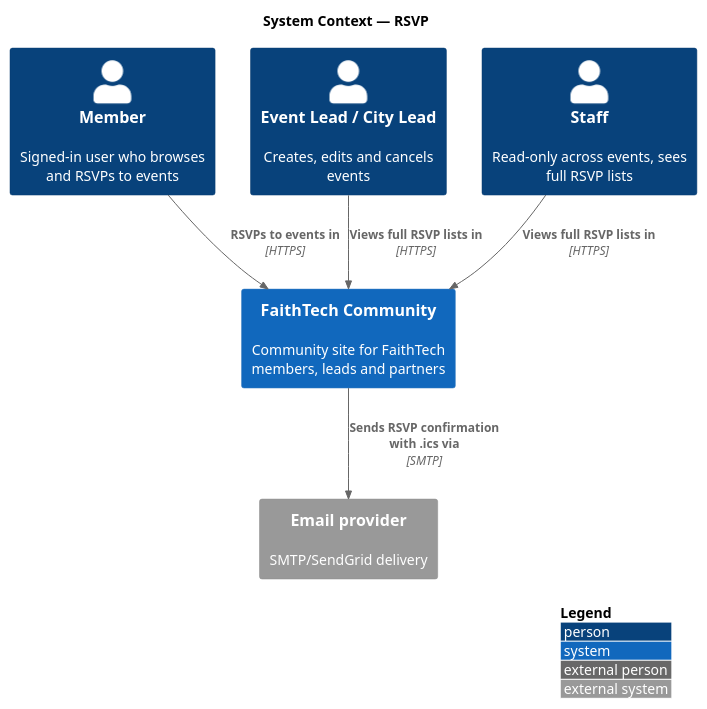
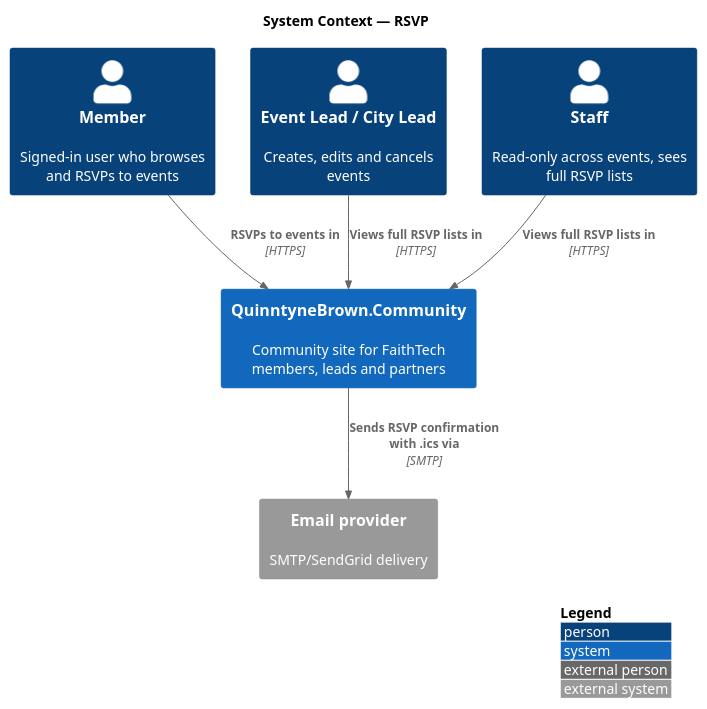
Before and after one commit to QuinntyneBrown/quinntyne-brown: the diagram in docs/detailed-designs/events/rsvp/diagrams/c4-context.puml, drawn with PlantUML. The commit also changed 1957 other files, not shown here.

First line of the commit message:
Rebrand to QuinntyneBrown.Community

```diff
--- a/docs/detailed-designs/events/rsvp/diagrams/c4-context.puml
+++ b/docs/detailed-designs/events/rsvp/diagrams/c4-context.puml
@@ -1,15 +1,15 @@
 @startuml
 !include <C4/C4_Context>
 LAYOUT_WITH_LEGEND()
 title System Context — RSVP
 
 Person(member, "Member", "Signed-in user who browses and RSVPs to events")
 Person(lead, "Event Lead / City Lead", "Creates, edits and cancels events")
 Person(staff, "Staff", "Read-only across events, sees full RSVP lists")
-System(ftc, "FaithTech Community", "Community site for FaithTech members, leads and partners")
+System(ftc, "QuinntyneBrown.Community", "Community site for FaithTech members, leads and partners")
 System_Ext(email, "Email provider", "SMTP/SendGrid delivery")
 Rel(member, ftc, "RSVPs to events in", "HTTPS")
 Rel(lead, ftc, "Views full RSVP lists in", "HTTPS")
 Rel(staff, ftc, "Views full RSVP lists in", "HTTPS")
 Rel(ftc, email, "Sends RSVP confirmation with .ics via", "SMTP")
 @enduml
```
